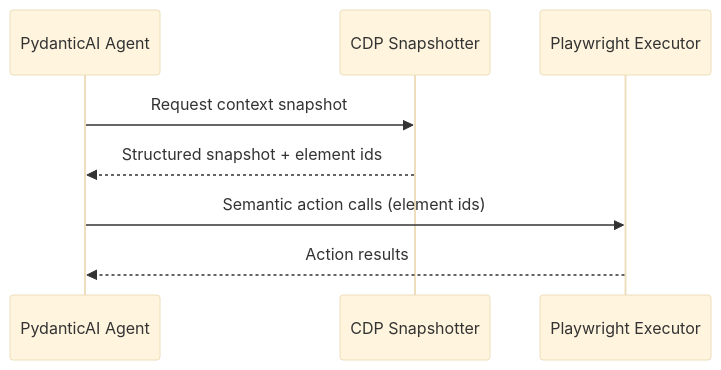
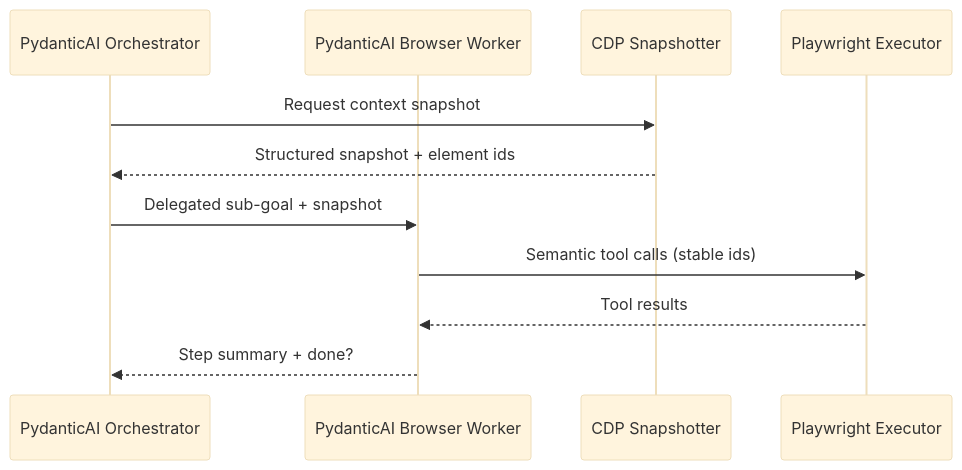
The second of 2 diagrams in README.md (snehalyelmati/computer-use-perf), drawn with Mermaid (base theme) before and after one commit. The commit also changed other lines of this file and 10 other files, not shown here.

````diff
--- a/README.md
+++ b/README.md
@@ -65,11 +69,14 @@
 ```mermaid
 sequenceDiagram
-    participant Agent as PydanticAI Agent
+    participant Orchestrator as PydanticAI Orchestrator
+    participant Worker as PydanticAI Browser Worker
     participant CDP as CDP Snapshotter
     participant PW as Playwright Executor
 
-    Agent->>CDP: Request context snapshot
-    CDP-->>Agent: Structured snapshot + element ids
-    Agent->>PW: Semantic action calls (element ids)
-    PW-->>Agent: Action results
+    Orchestrator->>CDP: Request context snapshot
+    CDP-->>Orchestrator: Structured snapshot + element ids
+    Orchestrator->>Worker: Delegated sub-goal + snapshot
+    Worker->>PW: Semantic tool calls (stable ids)
+    PW-->>Worker: Tool results
+    Worker-->>Orchestrator: Step summary + done?
 ```
````
